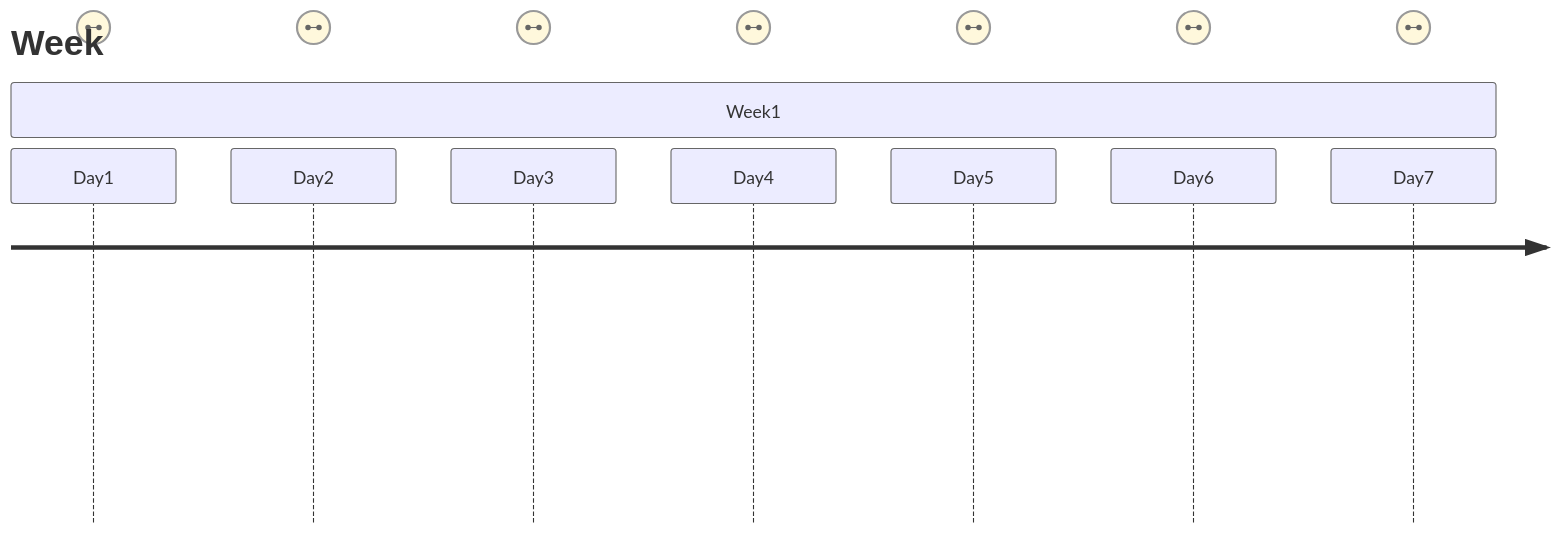
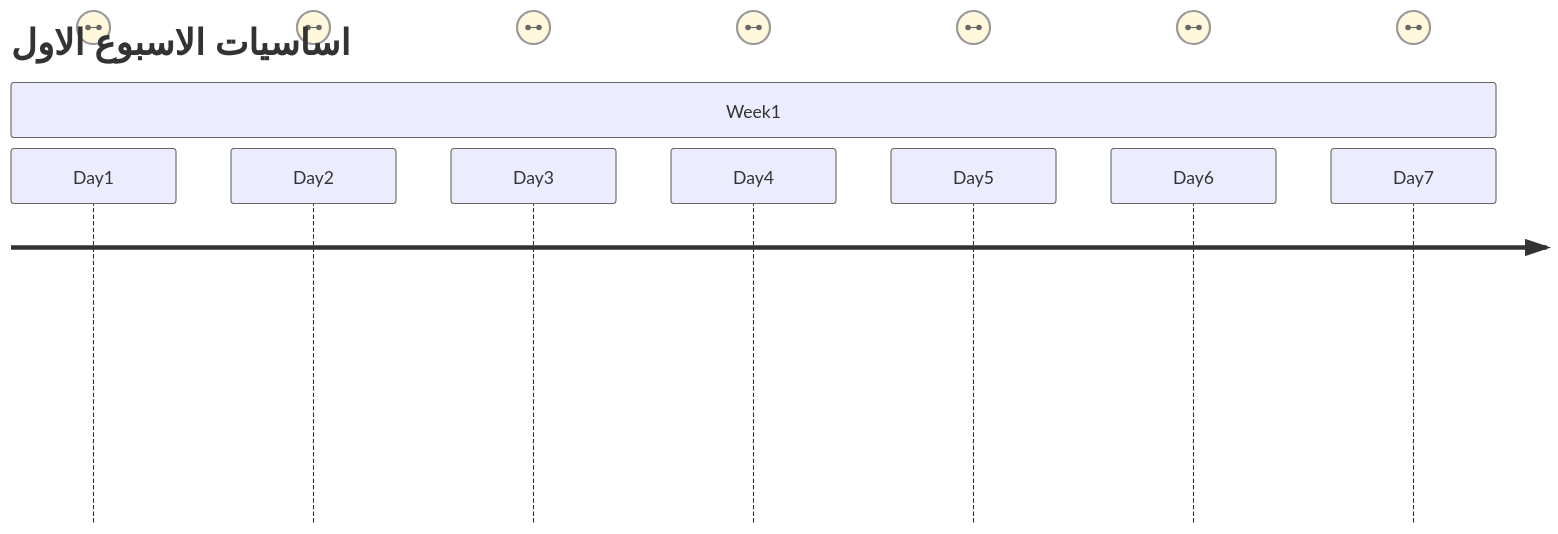
One commit to metigator/Roadmap changed the first of 2 diagrams in README.md. Above: the diagram before and after it, drawn with Mermaid.

````diff
--- a/README.md
+++ b/README.md
@@ -1,12 +1,12 @@
 ```mermaid
 journey
-    title Week#1
+    title  اساسيات الاسبوع الاول
     section Week1
       Day1 : Me
       Day2 : Me
-      Day3 : Me
+      Day3 : Me 
       Day4 : Me
       Day5 : Me
       Day6 : Me
       Day7 : Me
 ```
````
